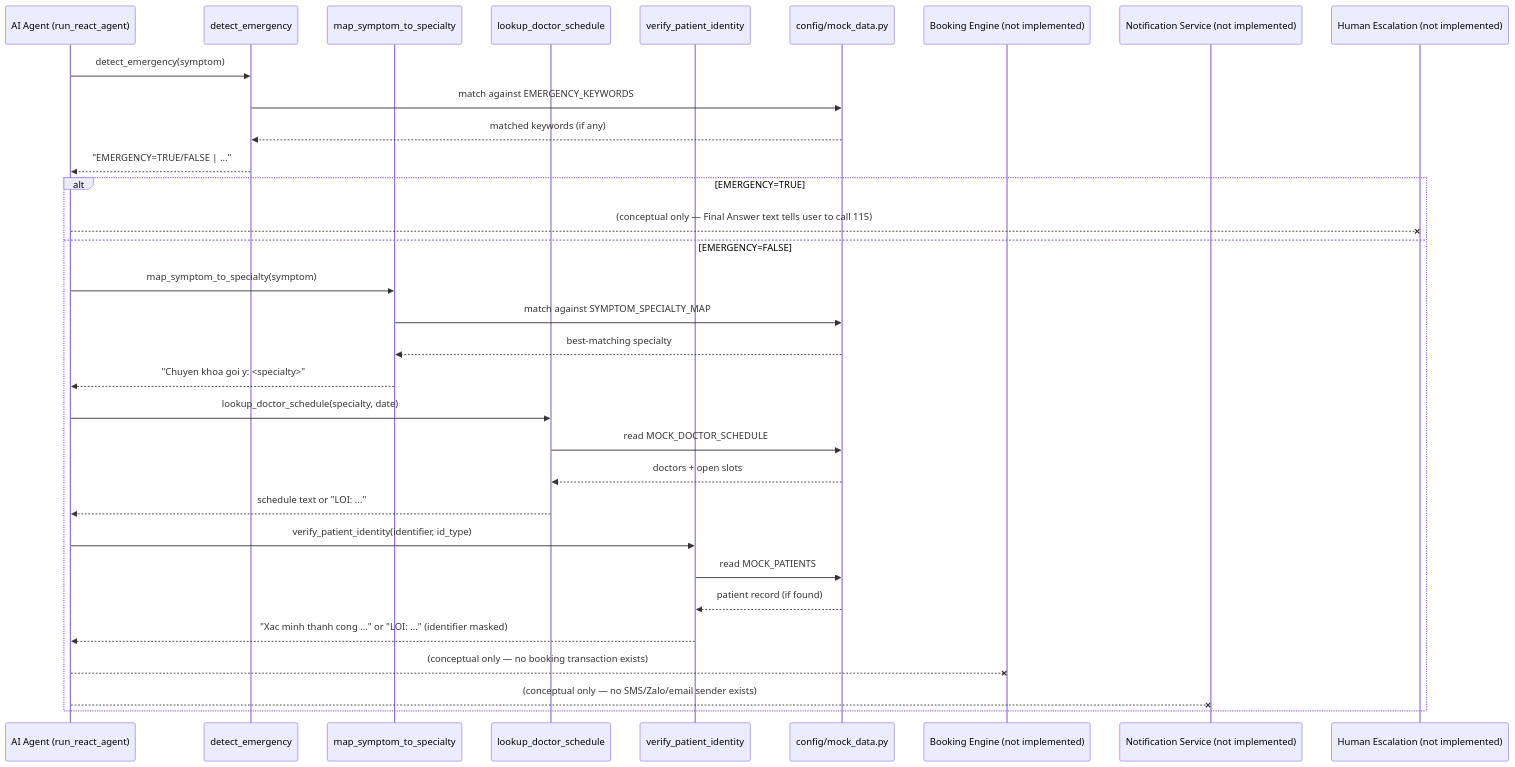
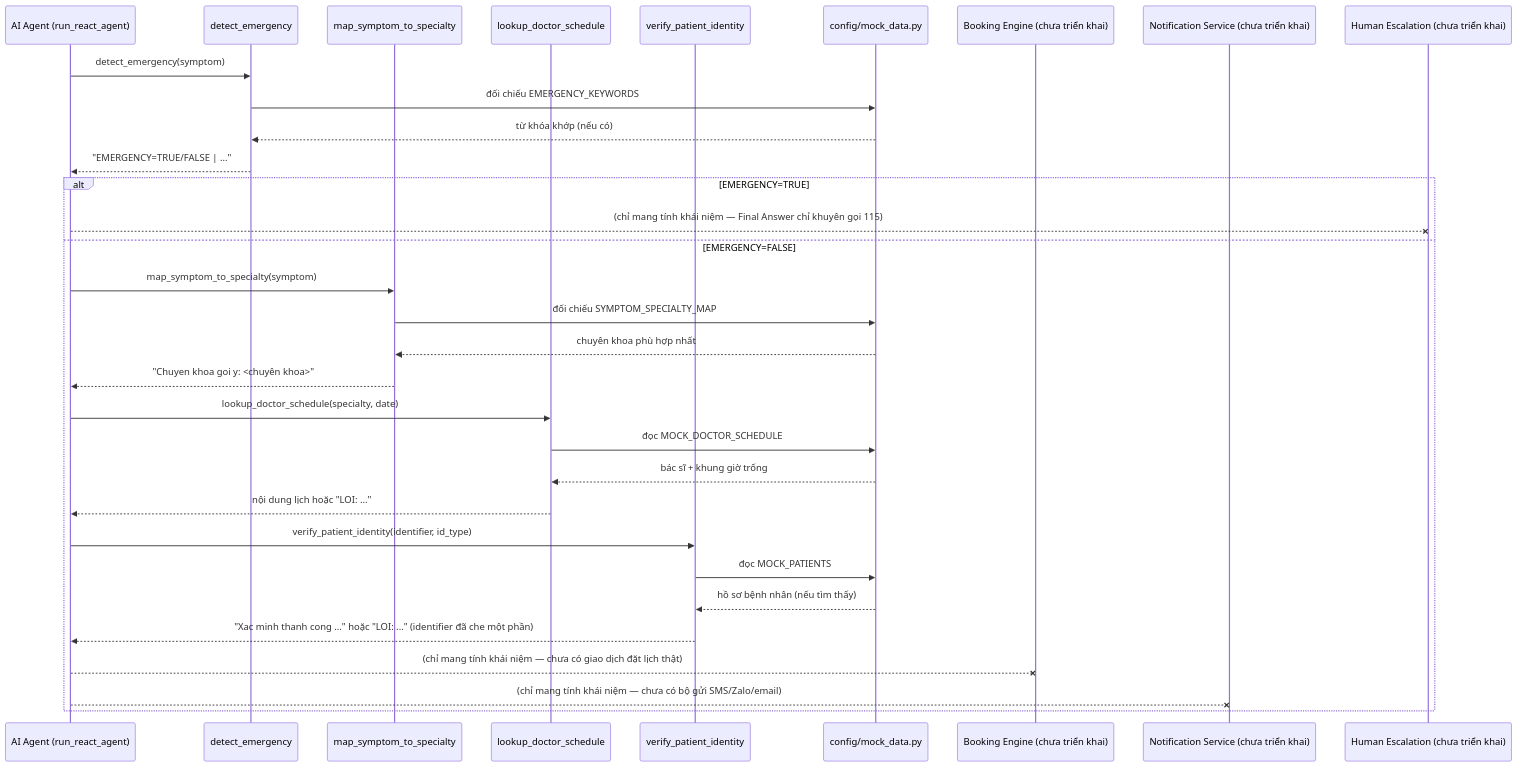
Before and after one commit to danhnahh/K4-Day03-C1-3-E403: the third of 3 diagrams in docs/architecture.md, drawn with Mermaid. The commit also changed other lines of this file, not shown here.

````diff
--- a/docs/architecture.md
+++ b/docs/architecture.md
@@ -185,39 +185,39 @@
 ```mermaid
 sequenceDiagram
     participant Agent as AI Agent (run_react_agent)
     participant ED as detect_emergency
     participant SM as map_symptom_to_specialty
     participant DS as lookup_doctor_schedule
     participant IV as verify_patient_identity
     participant Data as config/mock_data.py
-    participant BE as Booking Engine (not implemented)
-    participant NS as Notification Service (not implemented)
-    participant HE as Human Escalation (not implemented)
+    participant BE as Booking Engine (chưa triển khai)
+    participant NS as Notification Service (chưa triển khai)
+    participant HE as Human Escalation (chưa triển khai)
 
     Agent->>ED: detect_emergency(symptom)
-    ED->>Data: match against EMERGENCY_KEYWORDS
-    Data-->>ED: matched keywords (if any)
+    ED->>Data: đối chiếu EMERGENCY_KEYWORDS
+    Data-->>ED: từ khóa khớp (nếu có)
     ED-->>Agent: "EMERGENCY=TRUE/FALSE | ..."
 
     alt EMERGENCY=TRUE
-        Agent--xHE: (conceptual only — Final Answer text tells user to call 115)
+        Agent--xHE: (chỉ mang tính khái niệm — Final Answer chỉ khuyên gọi 115)
     else EMERGENCY=FALSE
         Agent->>SM: map_symptom_to_specialty(symptom)
-        SM->>Data: match against SYMPTOM_SPECIALTY_MAP
-        Data-->>SM: best-matching specialty
-        SM-->>Agent: "Chuyen khoa goi y: <specialty>"
+        SM->>Data: đối chiếu SYMPTOM_SPECIALTY_MAP
+        Data-->>SM: chuyên khoa phù hợp nhất
+        SM-->>Agent: "Chuyen khoa goi y: <chuyên khoa>"
 
         Agent->>DS: lookup_doctor_schedule(specialty, date)
-        DS->>Data: read MOCK_DOCTOR_SCHEDULE
-        Data-->>DS: doctors + open slots
-        DS-->>Agent: schedule text or "LOI: ..."
+        DS->>Data: đọc MOCK_DOCTOR_SCHEDULE
+        Data-->>DS: bác sĩ + khung giờ trống
+        DS-->>Agent: nội dung lịch hoặc "LOI: ..."
 
         Agent->>IV: verify_patient_identity(identifier, id_type)
-        IV->>Data: read MOCK_PATIENTS
-        Data-->>IV: patient record (if found)
-        IV-->>Agent: "Xac minh thanh cong ..." or "LOI: ..." (identifier masked)
+        IV->>Data: đọc MOCK_PATIENTS
+        Data-->>IV: hồ sơ bệnh nhân (nếu tìm thấy)
+        IV-->>Agent: "Xac minh thanh cong ..." hoặc "LOI: ..." (identifier đã che một phần)
 
-        Agent--xBE: (conceptual only — no booking transaction exists)
-        Agent--xNS: (conceptual only — no SMS/Zalo/email sender exists)
+        Agent--xBE: (chỉ mang tính khái niệm — chưa có giao dịch đặt lịch thật)
+        Agent--xNS: (chỉ mang tính khái niệm — chưa có bộ gửi SMS/Zalo/email)
     end
 ```
````
